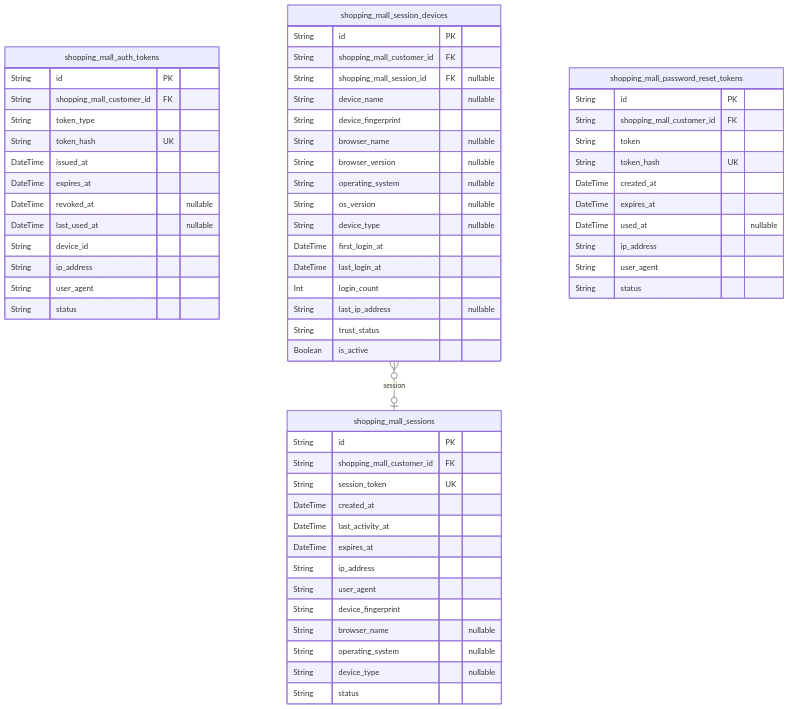
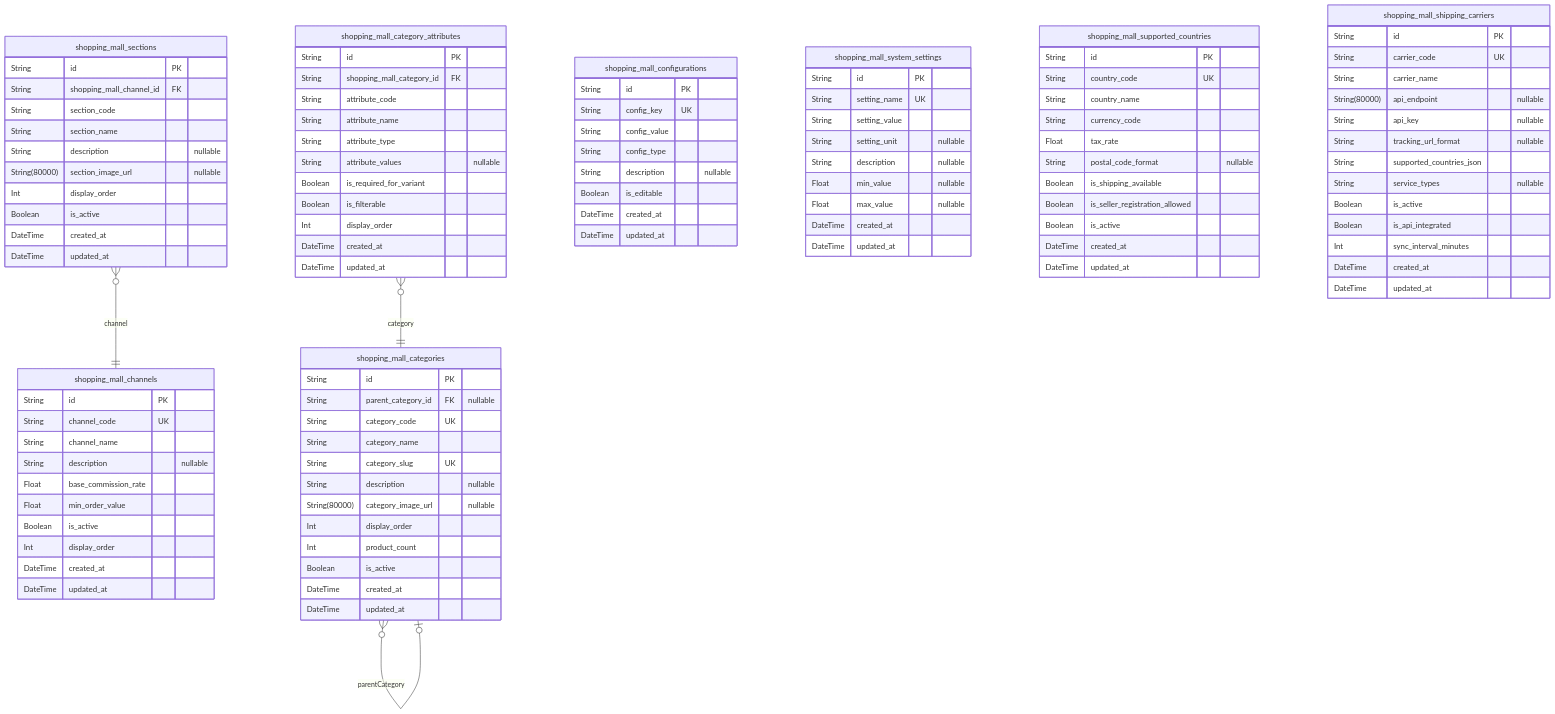
Before and after one commit to wrtnlabs/autobe-examples: the first of 12 diagrams in anthropic/claude-haiku-4.5/shopping/docs/ERD.md, drawn with Mermaid. The commit also changed other lines of this file and 16146 other files, not shown here.

````diff
--- a/anthropic/claude-haiku-4.5/shopping/docs/ERD.md
+++ b/anthropic/claude-haiku-4.5/shopping/docs/ERD.md
@@ -20,63 +20,106 @@
 ```mermaid
 erDiagram
-"shopping_mall_auth_tokens" {
+"shopping_mall_channels" {
   String id PK
-  String shopping_mall_customer_id FK
-  String token_type
-  String token_hash UK
-  DateTime issued_at
-  DateTime expires_at
-  DateTime revoked_at "nullable"
-  DateTime last_used_at "nullable"
-  String device_id
-  String ip_address
-  String user_agent
-  String status
+  String channel_code UK
+  String channel_name
+  String description "nullable"
+  Float base_commission_rate
+  Float min_order_value
+  Boolean is_active
+  Int display_order
+  DateTime created_at
+  DateTime updated_at
 }
-"shopping_mall_sessions" {
+"shopping_mall_sections" {
   String id PK
-  String shopping_mall_customer_id FK
-  String session_token UK
+  String shopping_mall_channel_id FK
+  String section_code
+  String section_name
+  String description "nullable"
+  String(80000) section_image_url "nullable"
+  Int display_order
+  Boolean is_active
   DateTime created_at
-  DateTime last_activity_at
-  DateTime expires_at
-  String ip_address
-  String user_agent
-  String device_fingerprint
-  String browser_name "nullable"
-  String operating_system "nullable"
-  String device_type "nullable"
-  String status
+  DateTime updated_at
 }
-"shopping_mall_session_devices" {
+"shopping_mall_categories" {
   String id PK
-  String shopping_mall_customer_id FK
-  String shopping_mall_session_id FK "nullable"
-  String device_name "nullable"
-  String device_fingerprint
-  String browser_name "nullable"
-  String browser_version "nullable"
-  String operating_system "nullable"
-  String os_version "nullable"
-  String device_type "nullable"
-  DateTime first_login_at
-  DateTime last_login_at
-  Int login_count
-  String last_ip_address "nullable"
-  String trust_status
+  String parent_category_id FK "nullable"
+  String category_code UK
+  String category_name
+  String category_slug UK
+  String description "nullable"
+  String(80000) category_image_url "nullable"
+  Int display_order
+  Int product_count
   Boolean is_active
+  DateTime created_at
+  DateTime updated_at
 }
-"shopping_mall_password_reset_tokens" {
+"shopping_mall_category_attributes" {
   String id PK
-  String shopping_mall_customer_id FK
-  String token
-  String token_hash UK
+  String shopping_mall_category_id FK
+  String attribute_code
+  String attribute_name
+  String attribute_type
+  String attribute_values "nullable"
+  Boolean is_required_for_variant
+  Boolean is_filterable
+  Int display_order
   DateTime created_at
-  DateTime expires_at
-  DateTime used_at "nullable"
-  String ip_address
-  String user_agent
-  String status
+  DateTime updated_at
 }
-"shopping_mall_session_devices" }o--o| "shopping_mall_sessions" : session
+"shopping_mall_configurations" {
+  String id PK
+  String config_key UK
+  String config_value
+  String config_type
+  String description "nullable"
+  Boolean is_editable
+  DateTime created_at
+  DateTime updated_at
+}
+"shopping_mall_system_settings" {
+  String id PK
+  String setting_name UK
+  String setting_value
+  String setting_unit "nullable"
+  String description "nullable"
+  Float min_value "nullable"
+  Float max_value "nullable"
+  DateTime created_at
+  DateTime updated_at
+}
+"shopping_mall_supported_countries" {
+  String id PK
+  String country_code UK
+  String country_name
+  String currency_code
+  Float tax_rate
+  String postal_code_format "nullable"
+  Boolean is_shipping_available
+  Boolean is_seller_registration_allowed
+  Boolean is_active
+  DateTime created_at
+  DateTime updated_at
+}
+"shopping_mall_shipping_carriers" {
+  String id PK
+  String carrier_code UK
+  String carrier_name
+  String(80000) api_endpoint "nullable"
+  String api_key "nullable"
+  String tracking_url_format "nullable"
+  String supported_countries_json
+  String service_types "nullable"
+  Boolean is_active
+  Boolean is_api_integrated
+  Int sync_interval_minutes
+  DateTime created_at
+  DateTime updated_at
+}
+"shopping_mall_sections" }o--|| "shopping_mall_channels" : channel
+"shopping_mall_categories" }o--o| "shopping_mall_categories" : parentCategory
+"shopping_mall_category_attributes" }o--|| "shopping_mall_categories" : category
 ```
````
